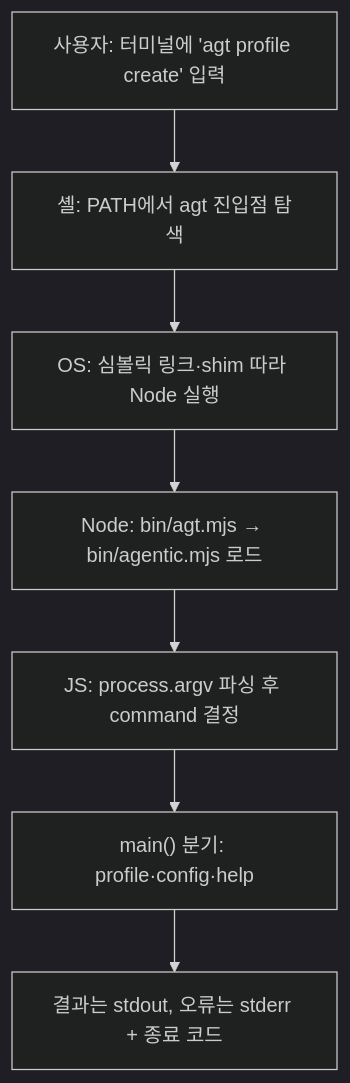
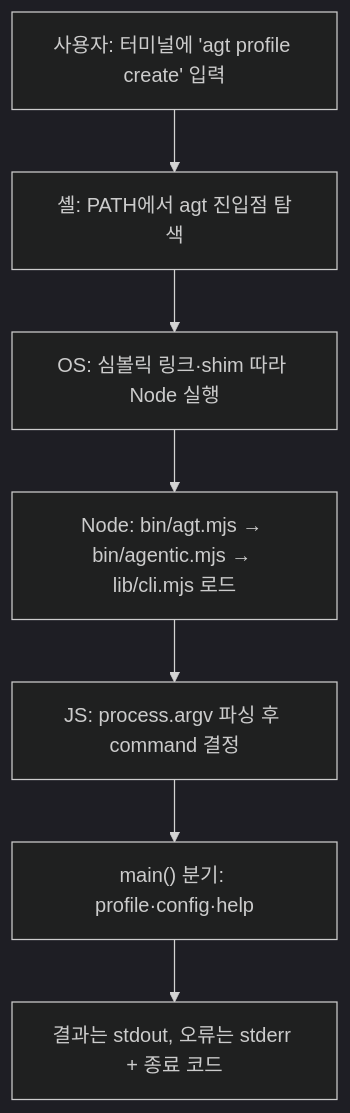
One commit to IsthisLee/agent-context-manager changed the second of 5 diagrams in docs/implementation-principles.md. Above: the diagram before and after it, drawn with Mermaid (dark theme). The commit also changed other lines of this file and 39 other files, not shown here.

First line of the commit message:
refactor: CLI 로직을 bin/에서 lib/ 모듈로 나눈다

````diff
--- a/docs/implementation-principles.md
+++ b/docs/implementation-principles.md
@@ -161,9 +161,9 @@
 ```mermaid
 flowchart TD
   A["사용자: 터미널에 'agt profile create' 입력"] --> B["셸: PATH에서 agt 진입점 탐색"]
   B --> C["OS: 심볼릭 링크·shim 따라 Node 실행"]
-  C --> D["Node: bin/agt.mjs → bin/agentic.mjs 로드"]
+  C --> D["Node: bin/agt.mjs → bin/agentic.mjs → lib/cli.mjs 로드"]
   D --> E["JS: process.argv 파싱 후 command 결정"]
   E --> F["main() 분기: profile·config·help"]
   F --> G["결과는 stdout, 오류는 stderr + 종료 코드"]
 ```
````
